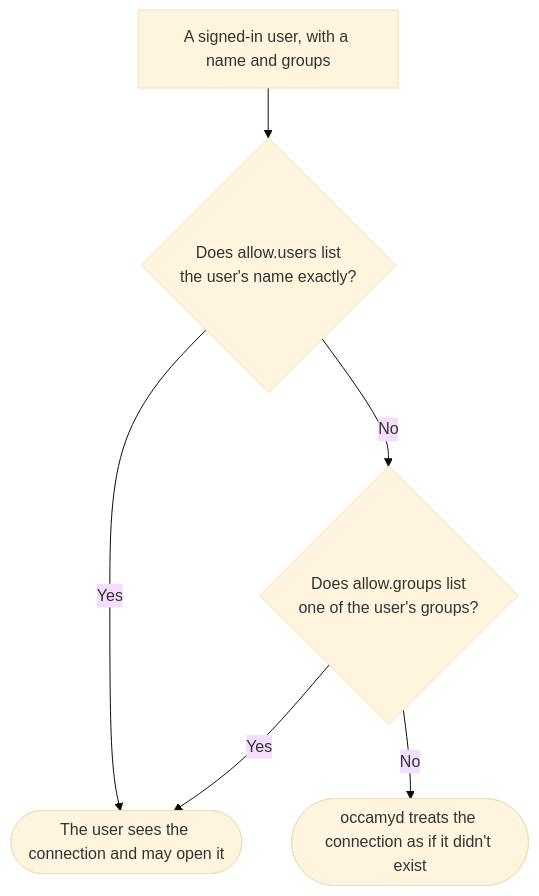
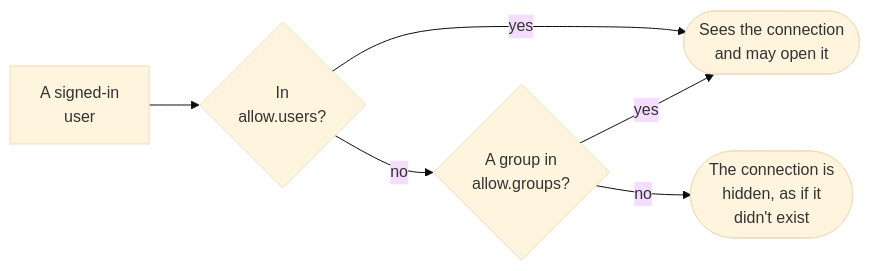
Before and after one commit to changkun/occamy: the fifth of 6 diagrams in docs/configuration.md, drawn with Mermaid (base theme). The commit also changed other lines of this file and 7 other files, not shown here.

First line of the commit message:
docs: lay the decision charts out left to right, and name the file occamy.yaml in the deploy figure

````diff
--- a/docs/configuration.md
+++ b/docs/configuration.md
@@ -981,8 +978,8 @@
 ```mermaid
-flowchart TD
-  user["A signed-in user, with a name and groups"] --> name{"Does allow.users list<br>the user's name exactly?"}
-  name -- Yes --> open(["The user sees the connection and may open it"])
-  name -- No --> group{"Does allow.groups list<br>one of the user's groups?"}
-  group -- Yes --> open
-  group -- No --> absent(["occamyd treats the connection as if it didn't exist"])
+flowchart LR
+  user["A signed-in<br/>user"] --> name{"In<br/>allow.users?"}
+  name -- no --> group{"A group in<br/>allow.groups?"}
+  name -- yes --> open(["Sees the connection<br/>and may open it"])
+  group -- yes --> open
+  group -- no --> absent(["The connection is<br/>hidden, as if it<br/>didn't exist"])
 ```
````
